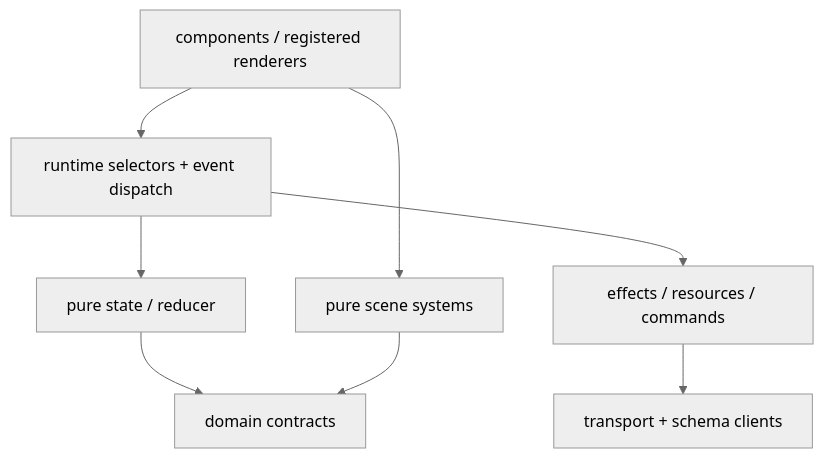
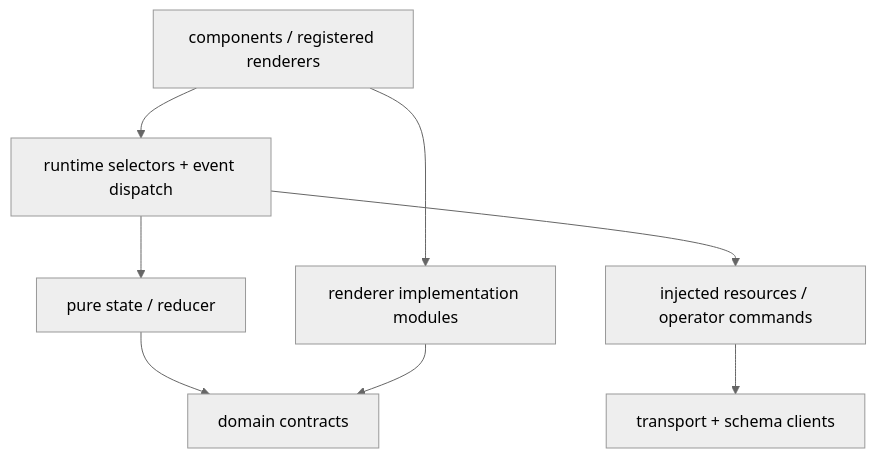
The second of 2 diagrams in docs/references/guides/wiki-viva-v8-runtime-architecture.md (kimlage/wiki-viva-kit), drawn with Mermaid (neutral theme) before and after one commit. The commit also changed other lines of this file and 1453 other files, not shown here.

````diff
--- a/docs/references/guides/wiki-viva-v8-runtime-architecture.md
+++ b/docs/references/guides/wiki-viva-v8-runtime-architecture.md
@@ -132,10 +224,10 @@
 ```mermaid
 flowchart TD
     Components["components / registered renderers"] --> Runtime["runtime selectors + event dispatch"]
     Runtime --> State["pure state / reducer"]
-    Runtime --> Effects["effects / resources / commands"]
-    Effects --> Clients["transport + schema clients"]
+    Runtime --> Ports["injected resources / operator commands"]
+    Ports --> Clients["transport + schema clients"]
     State --> Contracts["domain contracts"]
-    Systems["pure scene systems"] --> Contracts
-    Components --> Systems
+    Renderers["renderer implementation modules"] --> Contracts
+    Components --> Renderers
 ```
````
